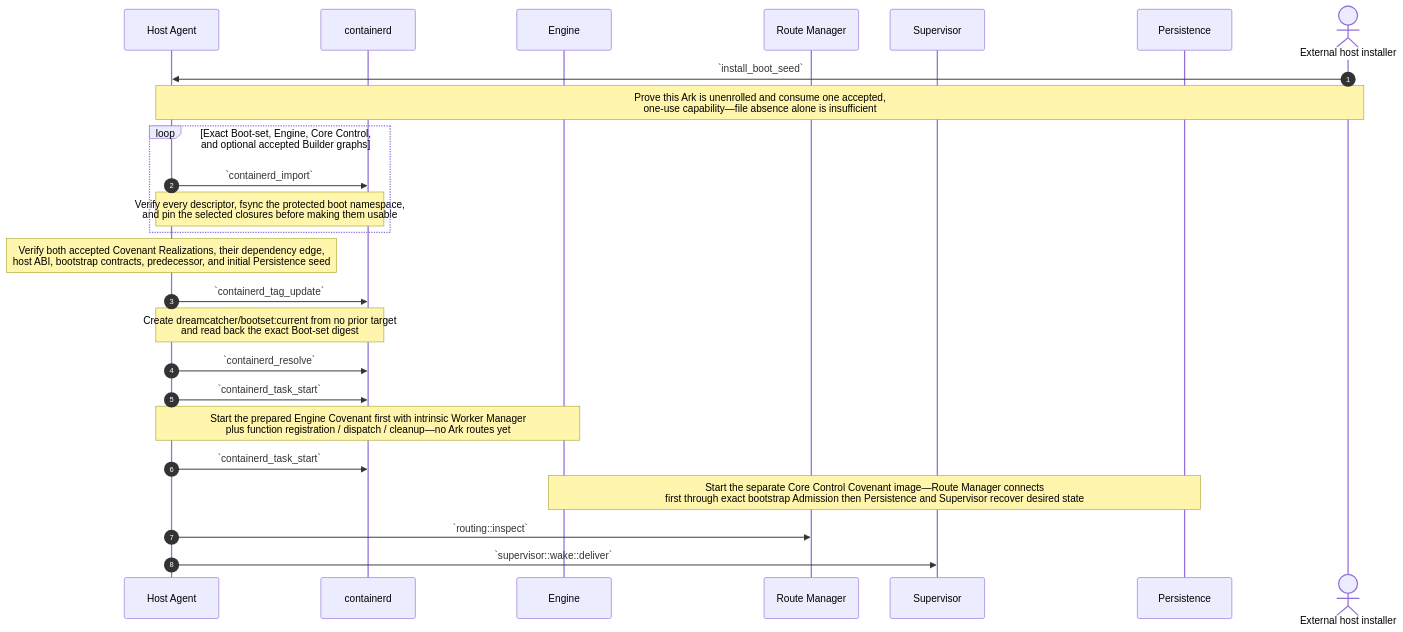
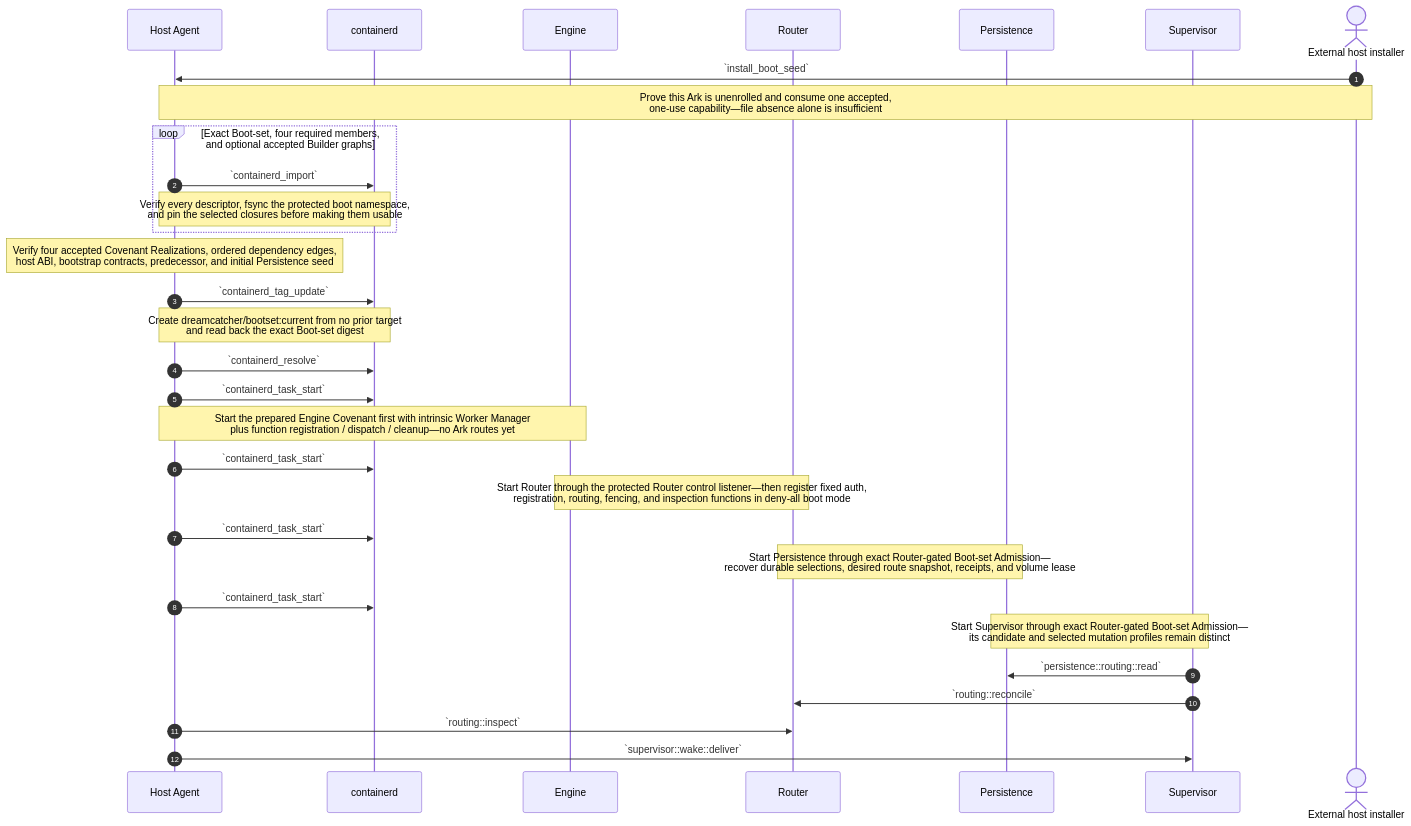
One commit to dreamcatcher-tech/chambers-lifecycle-explorer changed the third of 15 diagrams in source/chambers-lifecycle-sequences.md. Above: the diagram before and after it, drawn with Mermaid. The commit also changed other lines of this file and 9 other files, not shown here.

````diff
--- a/source/chambers-lifecycle-sequences.md
+++ b/source/chambers-lifecycle-sequences.md
@@ -685,28 +767,34 @@
 ```mermaid
 sequenceDiagram
     autonumber
     participant HostAgent as Host Agent
     participant containerd
     participant Engine
-    participant RouteManager as Route Manager
+    participant Router as Router
+    participant Persistence
     participant Supervisor
-    participant Persistence
     actor Installer as External host installer
 
     Installer->>HostAgent: `install_boot_seed`
     Note over HostAgent,Installer: Prove this Ark is unenrolled and consume one accepted,<br/>one-use capability—file absence alone is insufficient
-    loop Exact Boot-set, Engine, Core Control, and optional accepted Builder graphs
+    loop Exact Boot-set, four required members, and optional accepted Builder graphs
         HostAgent->>containerd: `containerd_import`
         Note over HostAgent,containerd: Verify every descriptor, fsync the protected boot namespace,<br/>and pin the selected closures before making them usable
     end
-    Note over HostAgent: Verify both accepted Covenant Realizations, their dependency edge,<br/>host ABI, bootstrap contracts, predecessor, and initial Persistence seed
+    Note over HostAgent: Verify four accepted Covenant Realizations, ordered dependency edges,<br/>host ABI, bootstrap contracts, predecessor, and initial Persistence seed
     HostAgent->>containerd: `containerd_tag_update`
     Note over HostAgent,containerd: Create dreamcatcher/bootset:current from no prior target<br/>and read back the exact Boot-set digest
     HostAgent->>containerd: `containerd_resolve`
     HostAgent->>containerd: `containerd_task_start`
     Note over HostAgent,Engine: Start the prepared Engine Covenant first with intrinsic Worker Manager<br/>plus function registration / dispatch / cleanup—no Ark routes yet
     HostAgent->>containerd: `containerd_task_start`
-    Note over Engine,Persistence: Start the separate Core Control Covenant image—Route Manager connects<br/>first through exact bootstrap Admission then Persistence and Supervisor recover desired state
-    HostAgent->>RouteManager: `routing::inspect`
+    Note over Engine,Router: Start Router through the protected Router control listener—then register fixed auth,<br/>registration, routing, fencing, and inspection functions in deny-all boot mode
+    HostAgent->>containerd: `containerd_task_start`
+    Note over Router,Persistence: Start Persistence through exact Router-gated Boot-set Admission—<br/>recover durable selections, desired route snapshot, receipts, and volume lease
+    HostAgent->>containerd: `containerd_task_start`
+    Note over Persistence,Supervisor: Start Supervisor through exact Router-gated Boot-set Admission—<br/>its candidate and selected mutation profiles remain distinct
+    Supervisor->>Persistence: `persistence::routing::read`
+    Supervisor->>Router: `routing::reconcile`
+    HostAgent->>Router: `routing::inspect`
     HostAgent->>Supervisor: `supervisor::wake::deliver`
 ```
````
